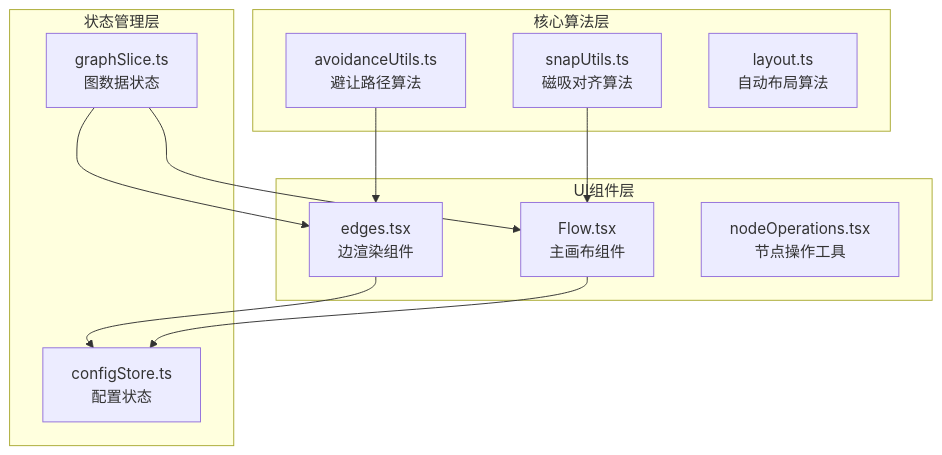
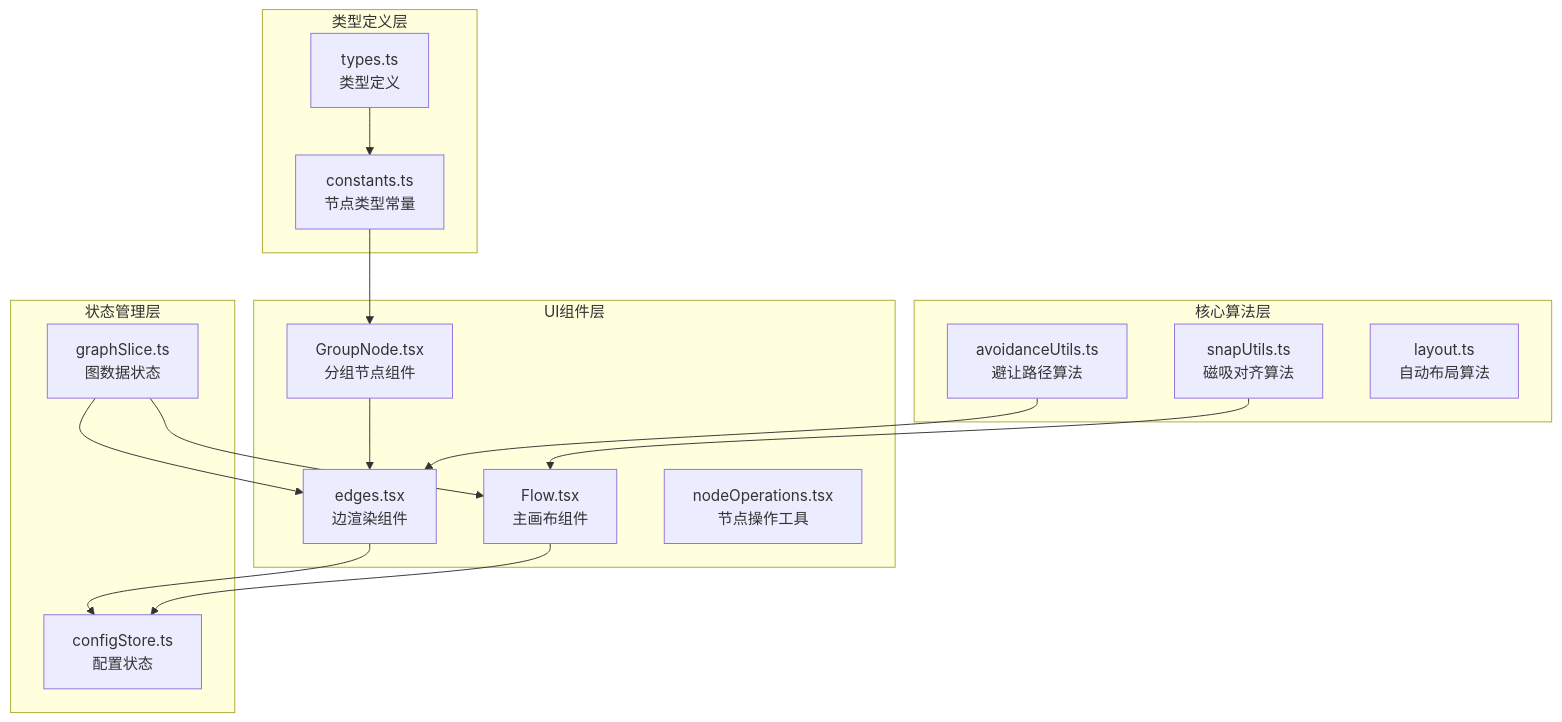
Before and after one commit to kqcoxn/MaaPipelineEditor: the first of 13 diagrams in .qoder/repowiki/zh/content/核心概念/避让路由工具.md, drawn with Mermaid. The commit also changed other lines of this file and 13 other files, not shown here.

````diff
--- a/.qoder/repowiki/zh/content/核心概念/避让路由工具.md
+++ b/.qoder/repowiki/zh/content/核心概念/避让路由工具.md
@@ -38,23 +53,31 @@
 ```mermaid
 graph TB
 subgraph "核心算法层"
 AU[avoidanceUtils.ts<br/>避让路径算法]
 SU[snapUtils.ts<br/>磁吸对齐算法]
 LU[layout.ts<br/>自动布局算法]
 end
 subgraph "UI组件层"
 ED[edges.tsx<br/>边渲染组件]
 FL[Flow.tsx<br/>主画布组件]
 NO[nodeOperations.tsx<br/>节点操作工具]
+GN[GroupNode.tsx<br/>分组节点组件]
 end
 subgraph "状态管理层"
 CS[configStore.ts<br/>配置状态]
 GS[graphSlice.ts<br/>图数据状态]
+end
+subgraph "类型定义层"
+CT[constants.ts<br/>节点类型常量]
+TS[types.ts<br/>类型定义]
 end
 AU --> ED
 SU --> FL
 ED --> CS
 FL --> CS
 GS --> ED
 GS --> FL
+GN --> ED
+CT --> GN
+TS --> CT
 ```
````
